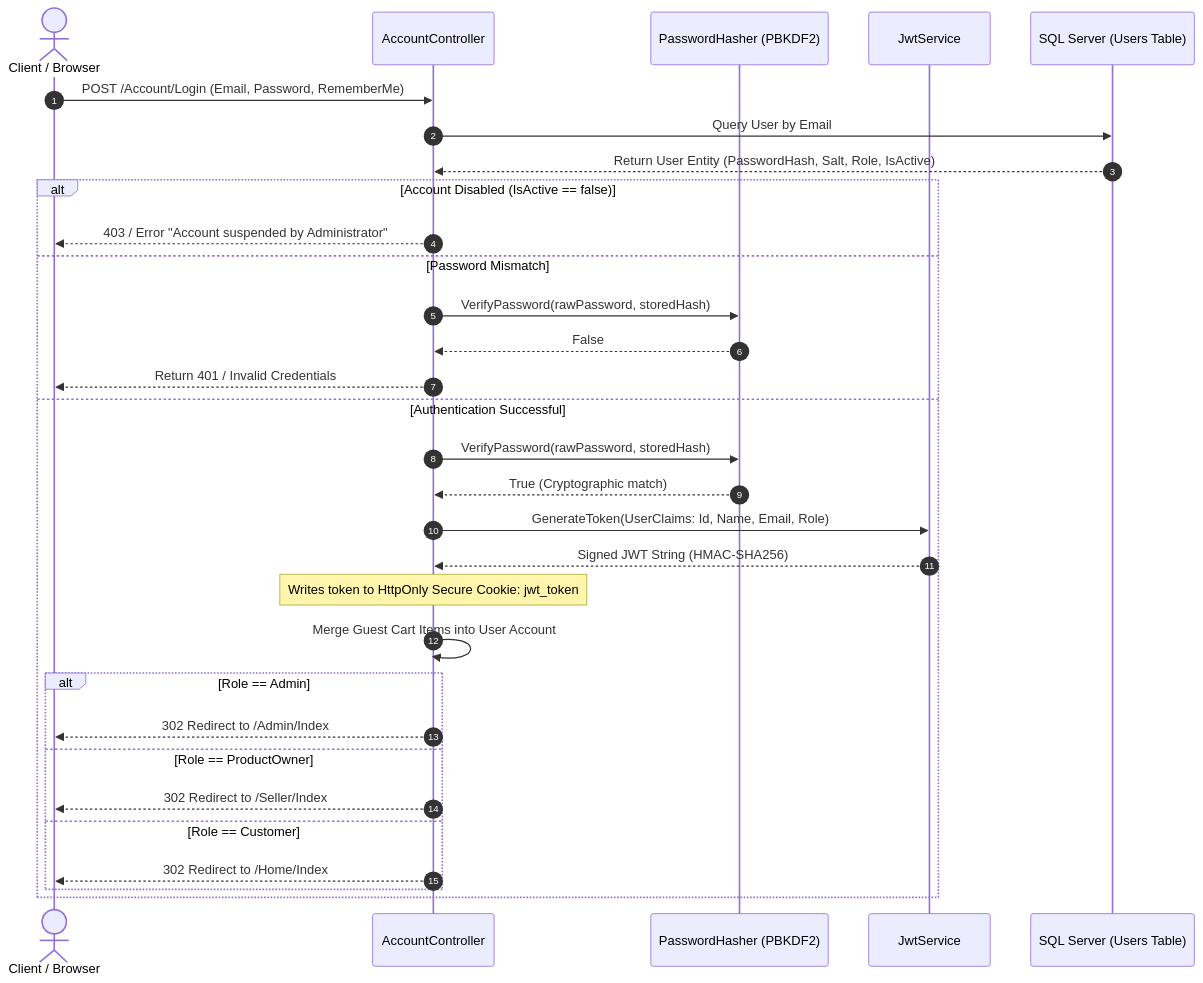
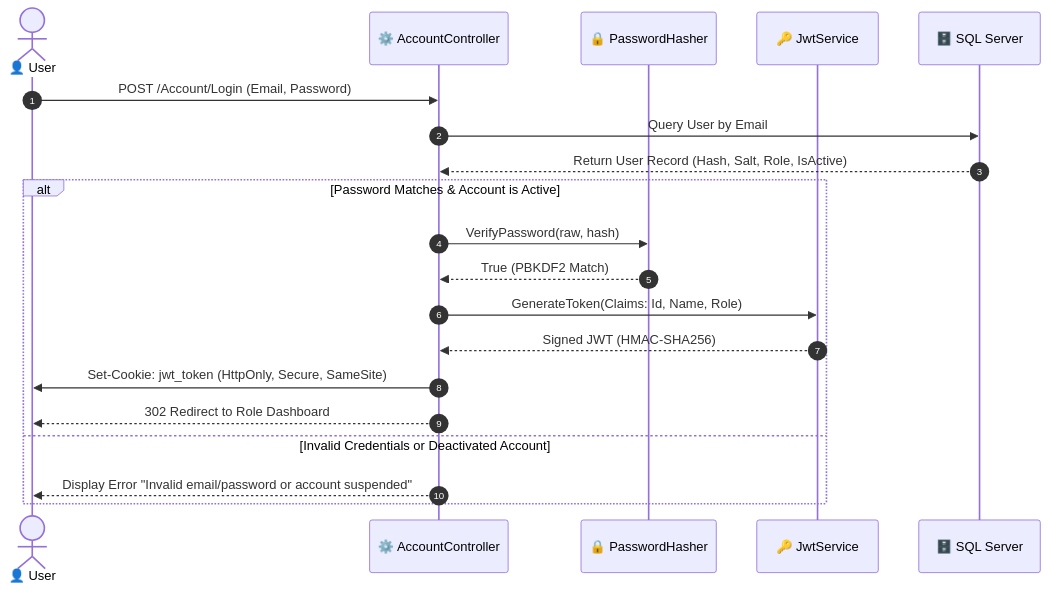
One commit to Bahar0900/Productstore changed the third of 7 diagrams in README.md. Above: the diagram before and after it, drawn with Mermaid. The commit also changed other lines of this file, not shown here.

Commit message:
docs: redesign diagrams with crisp white theme, modular workflows, and clear iconography

````diff
--- a/README.md
+++ b/README.md
@@ -122,37 +106,24 @@
 ```mermaid
 sequenceDiagram
     autonumber
-    actor Client as Client / Browser
-    participant Controller as AccountController
-    participant Hasher as PasswordHasher (PBKDF2)
-    participant JwtEngine as JwtService
-    participant DB as SQL Server (Users Table)
+    actor User as 👤 User
+    participant Controller as ⚙️ AccountController
+    participant Hasher as 🔒 PasswordHasher
+    participant JwtService as 🔑 JwtService
+    participant DB as 🗄️ SQL Server
 
-    Client->>Controller: POST /Account/Login (Email, Password, RememberMe)
+    User->>Controller: POST /Account/Login (Email, Password)
     Controller->>DB: Query User by Email
-    DB-->>Controller: Return User Entity (PasswordHash, Salt, Role, IsActive)
+    DB-->>Controller: Return User Record (Hash, Salt, Role, IsActive)
 
-    alt Account Disabled (IsActive == false)
-        Controller-->>Client: 403 / Error "Account suspended by Administrator"
-    else Password Mismatch
-        Controller->>Hasher: VerifyPassword(rawPassword, storedHash)
-        Hasher-->>Controller: False
-        Controller-->>Client: Return 401 / Invalid Credentials
-    else Authentication Successful
-        Controller->>Hasher: VerifyPassword(rawPassword, storedHash)
-        Hasher-->>Controller: True (Cryptographic match)
-        Controller->>JwtEngine: GenerateToken(UserClaims: Id, Name, Email, Role)
-        JwtEngine-->>Controller: Signed JWT String (HMAC-SHA256)
-        
-        Note over Controller: Writes token to HttpOnly Secure Cookie: jwt_token
-        Controller->>Controller: Merge Guest Cart Items into User Account
-        
-        alt Role == Admin
-            Controller-->>Client: 302 Redirect to /Admin/Index
-        else Role == ProductOwner
-            Controller-->>Client: 302 Redirect to /Seller/Index
-        else Role == Customer
-            Controller-->>Client: 302 Redirect to /Home/Index
-        end
+    alt Password Matches & Account is Active
+        Controller->>Hasher: VerifyPassword(raw, hash)
+        Hasher-->>Controller: True (PBKDF2 Match)
+        Controller->>JwtService: GenerateToken(Claims: Id, Name, Role)
+        JwtService-->>Controller: Signed JWT (HMAC-SHA256)
+        Controller->>User: Set-Cookie: jwt_token (HttpOnly, Secure, SameSite)
+        Controller-->>User: 302 Redirect to Role Dashboard
+    else Invalid Credentials or Deactivated Account
+        Controller-->>User: Display Error "Invalid email/password or account suspended"
     end
 ```
````
